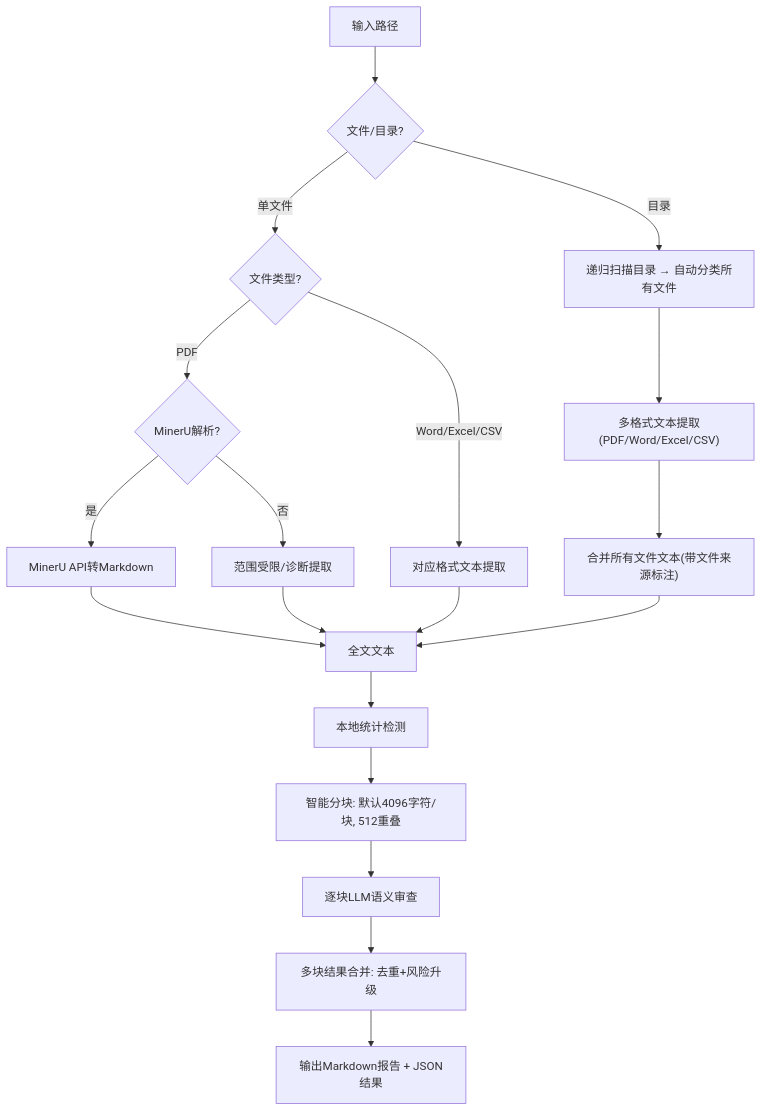
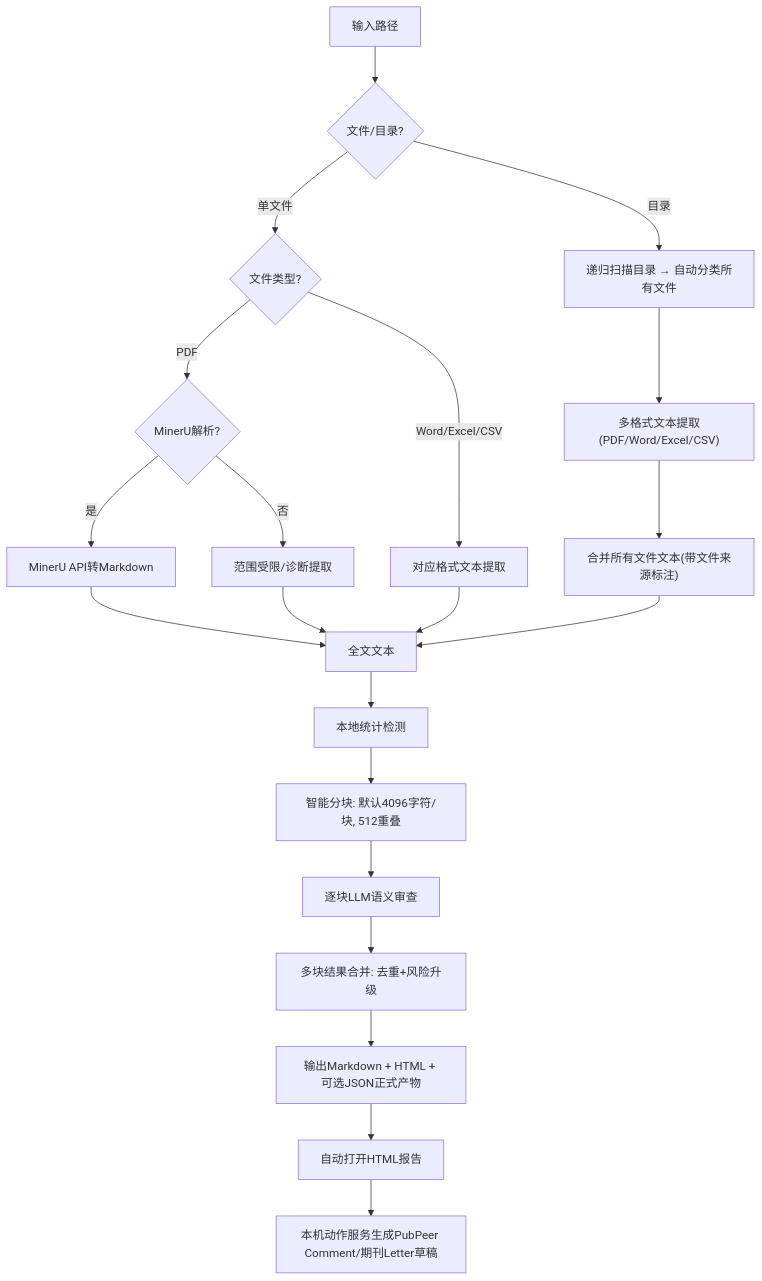
One commit to BevalZ/Veritas- changed the diagram in README.md. Above: the diagram before and after it, drawn with Mermaid. The commit also changed other lines of this file and 4 other files, not shown here.

````diff
--- a/README.md
+++ b/README.md
@@ -190,21 +240,23 @@
 ```mermaid
 graph TD
     A["输入路径"] --> B{"文件/目录?"}
     B -->|目录| C["递归扫描目录 → 自动分类所有文件"]
     C --> D["多格式文本提取(PDF/Word/Excel/CSV)"]
     D --> E["合并所有文件文本(带文件来源标注)"]
     B -->|单文件| F{"文件类型?"}
     F -->|PDF| G{"MinerU解析?"}
     G -->|是| H["MinerU API转Markdown"]
     G -->|否| I["范围受限/诊断提取"]
     F -->|Word/Excel/CSV| J["对应格式文本提取"]
     H --> K["全文文本"]
     I --> K
     J --> K
     E --> K
     K --> L["本地统计检测"]
     L --> M["智能分块: 默认4096字符/块, 512重叠"]
     M --> N["逐块LLM语义审查"]
     N --> O["多块结果合并: 去重+风险升级"]
-    O --> P["输出Markdown报告 + JSON结果"]
+    O --> P["输出Markdown + HTML + 可选JSON正式产物"]
+    P --> Q["自动打开HTML报告"]
+    Q --> R["本机动作服务生成PubPeer Comment/期刊Letter草稿"]
 ```
````
